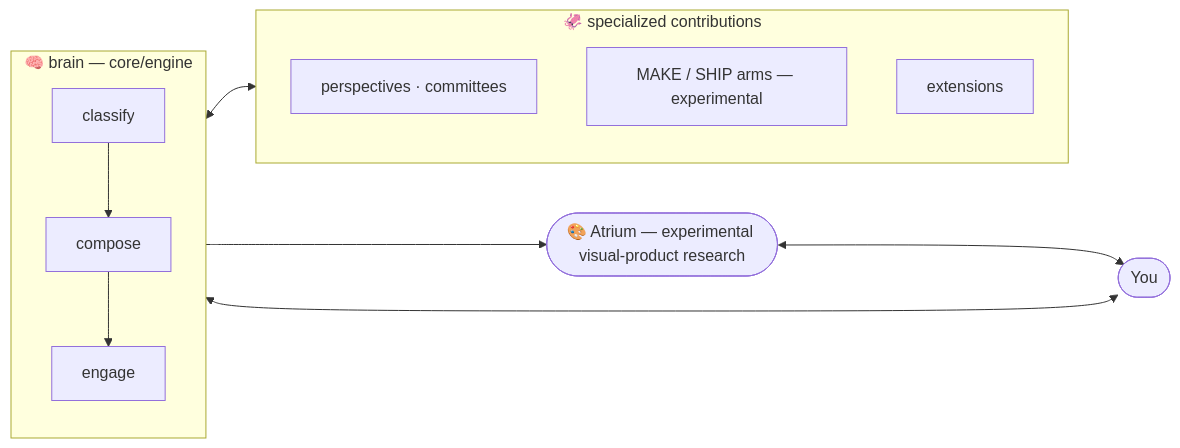
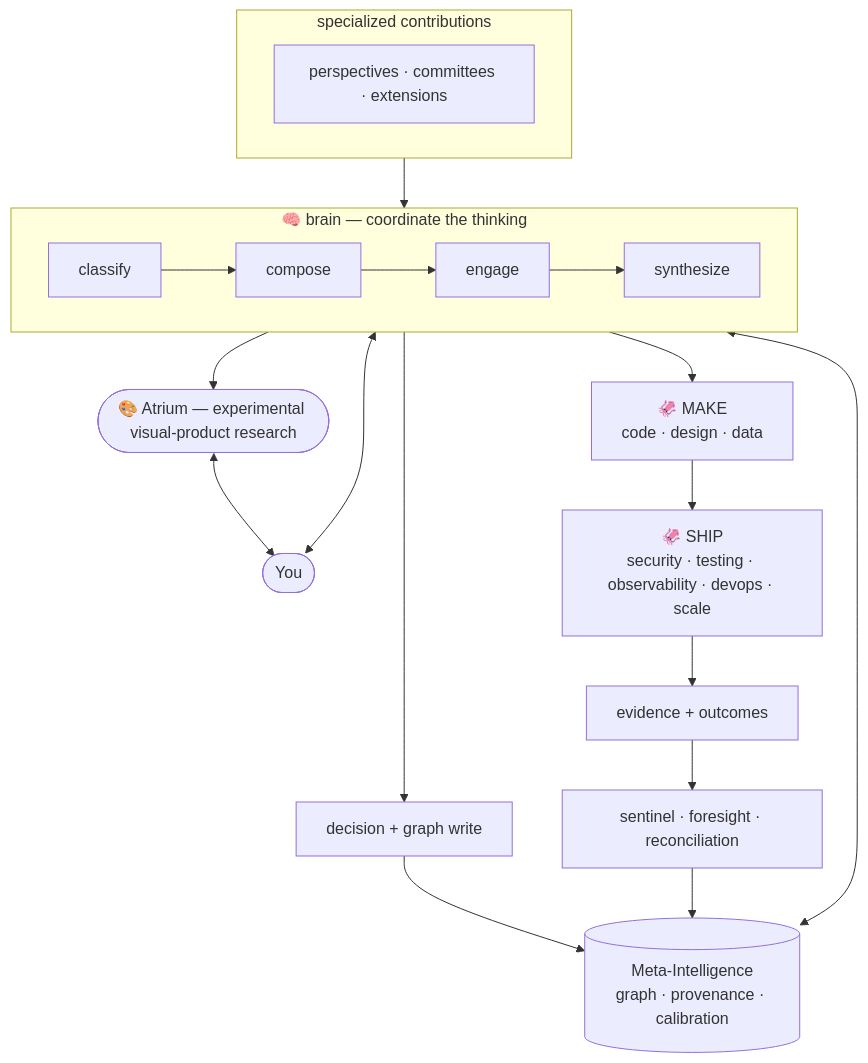
Before and after one commit to augmented-cognition-engine/core: the diagram in README.md, drawn with Mermaid. The commit also changed other lines of this file and 2 other files, not shown here.

Commit message:
docs: restore the full ACE architecture

````diff
--- a/README.md
+++ b/README.md
@@ -52,17 +55,21 @@
 ```mermaid
-flowchart LR
+flowchart TB
     H([You]) <--> B
-    subgraph B["🧠 brain — core/engine"]
-        direction TB
-        classify --> compose --> engage
+    subgraph B["🧠 brain — coordinate the thinking"]
+        direction LR
+        classify --> compose --> engage --> synthesize
     end
-    B <--> A
-    subgraph A["🦑 specialized contributions"]
-        direction TB
-        PERSPECTIVES["perspectives · committees"]
-        ARMS["MAKE / SHIP arms — experimental"]
-        EXTENSIONS["extensions"]
+    M[("Meta-Intelligence\ngraph · provenance · calibration")] <--> B
+    B --> MAKE["🦑 MAKE\ncode · design · data"]
+    MAKE --> SHIP["🦑 SHIP\nsecurity · testing · observability · devops · scale"]
+    B --> D["decision + graph write"]
+    SHIP --> O["evidence + outcomes"]
+    D --> M
+    O --> L["sentinel · foresight · reconciliation"] --> M
+    subgraph X["specialized contributions"]
+        P["perspectives · committees · extensions"]
     end
+    X --> B
     B --> S([🎨 Atrium — experimental visual-product research])
     S <--> H
 ```
````
